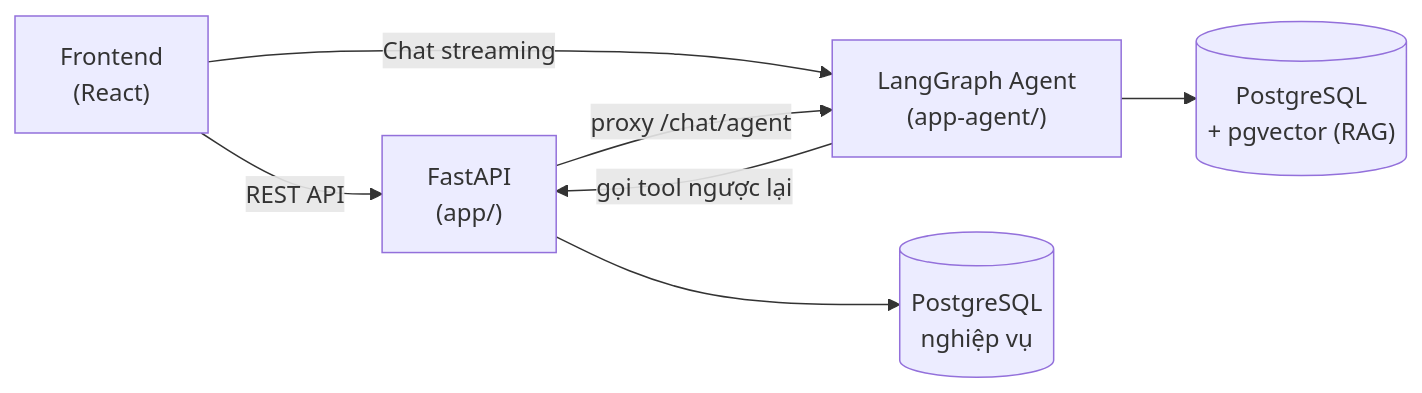
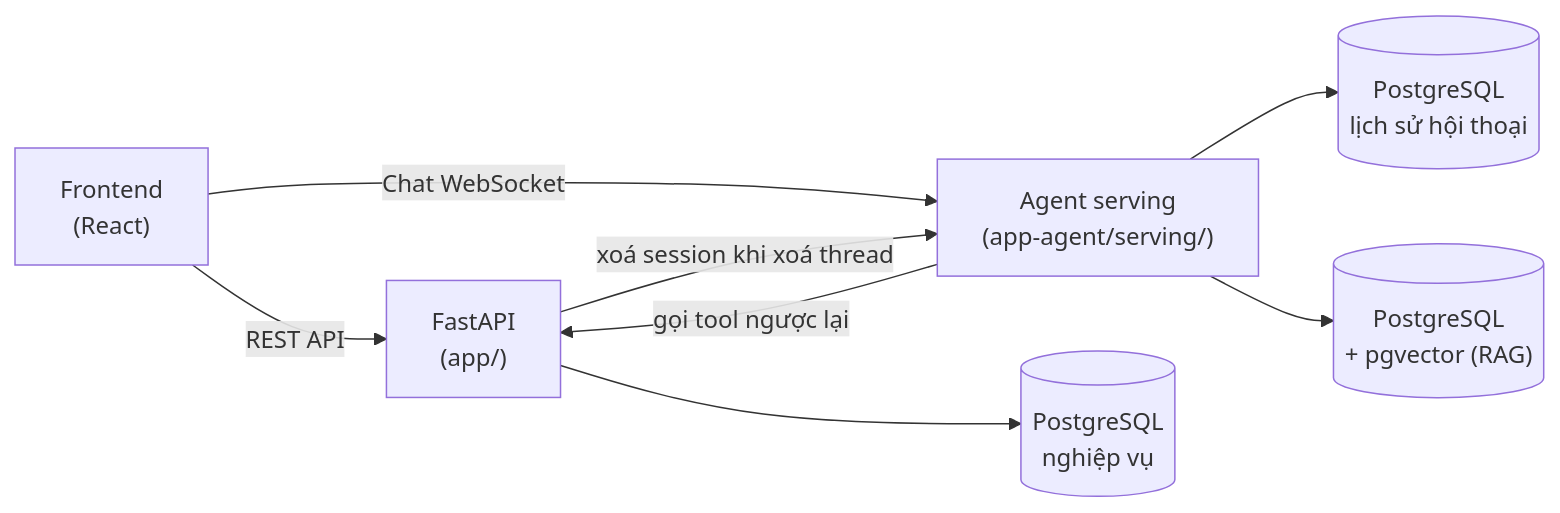
Before and after one commit to NguyenQuyenHacker/my_app_Back_end: the diagram in README.md, drawn with Mermaid. The commit also changed other lines of this file and 1 other file, not shown here.

````diff
--- a/README.md
+++ b/README.md
@@ -30,9 +30,10 @@
 ```mermaid
 flowchart LR
     FE["Frontend<br/>(React)"] -- "REST API" --> API["FastAPI<br/>(app/)"]
-    FE -- "Chat streaming" --> AG["LangGraph Agent<br/>(app-agent/)"]
-    API -- "proxy /chat/agent" --> AG
+    FE -- "Chat WebSocket" --> AG["Agent serving<br/>(app-agent/serving/)"]
     AG -- "gọi tool ngược lại" --> API
+    API -- "xoá session khi xoá thread" --> AG
     API --> DB[("PostgreSQL<br/>nghiệp vụ")]
+    AG --> SDB[("PostgreSQL<br/>lịch sử hội thoại")]
     AG --> VDB[("PostgreSQL<br/>+ pgvector (RAG)")]
 ```
````
